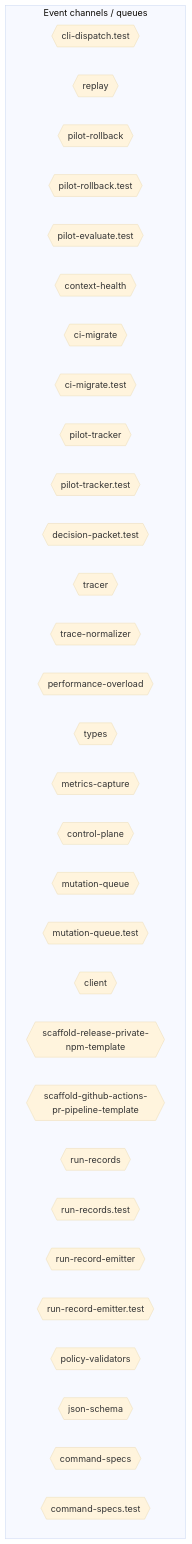
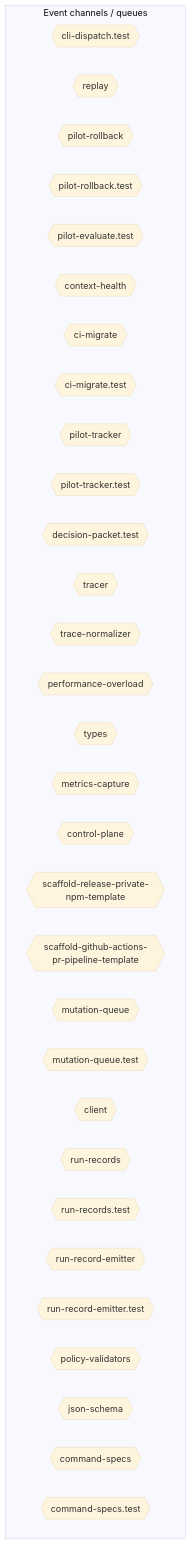
The sixth of 10 diagrams in AI/context/diagram-context.md (jscraik/coding-harness), drawn with Mermaid (base theme) before and after one commit. The commit also changed other lines of this file and 4 other files, not shown here.

````diff
--- a/AI/context/diagram-context.md
+++ b/AI/context/diagram-context.md
@@ -2064,37 +2071,37 @@
 ```mermaid
 flowchart TD
   subgraph Channels["Event channels / queues"]
     cli_dispatch_test_54c9f17b{{"cli-dispatch.test"}}
     replay_ac203c98{{"replay"}}
     pilot_rollback_00c1f82c{{"pilot-rollback"}}
     pilot_rollback_test_e61d5a2b{{"pilot-rollback.test"}}
     pilot_evaluate_test_a2ac06fc{{"pilot-evaluate.test"}}
     context_health_80bb7da9{{"context-health"}}
     ci_migrate_78bb70b1{{"ci-migrate"}}
     ci_migrate_test_2a015bb9{{"ci-migrate.test"}}
     pilot_tracker_5c767813{{"pilot-tracker"}}
     pilot_tracker_test_80398a66{{"pilot-tracker.test"}}
     decision_packet_test_9ea0e97b{{"decision-packet.test"}}
     tracer_1e6243a2{{"tracer"}}
     trace_normalizer_cb1be1d2{{"trace-normalizer"}}
     performance_overload_c685bfcf{{"performance-overload"}}
-    types_9_1db4641f{{"types"}}
+    types_10_75e5a4a0{{"types"}}
     metrics_capture_1d1a2c08{{"metrics-capture"}}
     control_plane_96826665{{"control-plane"}}
+    scaffold_release_private_npm_template_075499f8{{"scaffold-release-private-npm-template"}}
+    scaffold_github_actions_pr_pipeline_template_e2b85f62{{"scaffold-github-actions-pr-pipeline-template"}}
     mutation_queue_ce5a530e{{"mutation-queue"}}
     mutation_queue_test_10b599e8{{"mutation-queue.test"}}
     client_1_914e1681{{"client"}}
-    scaffold_release_private_npm_template_075499f8{{"scaffold-release-private-npm-template"}}
-    scaffold_github_actions_pr_pipeline_template_e2b85f62{{"scaffold-github-actions-pr-pipeline-template"}}
     run_records_f616aa7c{{"run-records"}}
     run_records_test_3ee6a0e3{{"run-records.test"}}
     run_record_emitter_00168a3a{{"run-record-emitter"}}
     run_record_emitter_test_5475c0da{{"run-record-emitter.test"}}
     policy_validators_6682e192{{"policy-validators"}}
     json_schema_74a768d7{{"json-schema"}}
     command_specs_69167c63{{"command-specs"}}
     command_specs_test_7f693e85{{"command-specs.test"}}
   end
   classDef eventNode fill:#db2777,color:#fff
 
 ```
````
